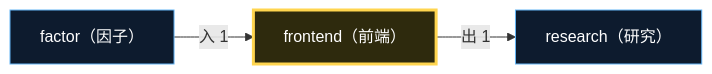
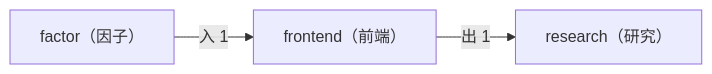
Before and after one commit to xuanFelixVan/ZephyrAlpha: the second of 2 diagrams in docs/02_enterprise_architecture/06_decision_architecture/08_decision_l2a_frontend.md, drawn with Mermaid. The commit also changed other lines of this file and 23 other files, not shown here.

First line of the commit message:
style(decision-diagram): 移除所有 mermaid classDef，照搬 application_flows.md 纯默认主题

````diff
--- a/docs/02_enterprise_architecture/06_decision_architecture/08_decision_l2a_frontend.md
+++ b/docs/02_enterprise_architecture/06_decision_architecture/08_decision_l2a_frontend.md
@@ -100,11 +94,8 @@
 ```mermaid
 flowchart LR
-    SELF["frontend（前端）"]:::selfDomain
-    EXT_research["research（研究）"]:::extDomain
+    SELF["frontend（前端）"]
+    EXT_research["research（研究）"]
     SELF -->|出 1| EXT_research
-    EXT_factor["factor（因子）"]:::extDomain
+    EXT_factor["factor（因子）"]
     EXT_factor -->|入 1| SELF
-
-    classDef selfDomain fill:#2e2a0d,stroke:#ffd54f,stroke-width:3px,color:#fff
-    classDef extDomain fill:#0d1b2e,stroke:#64b5f6,stroke-width:1px,color:#fff
 ```
````
